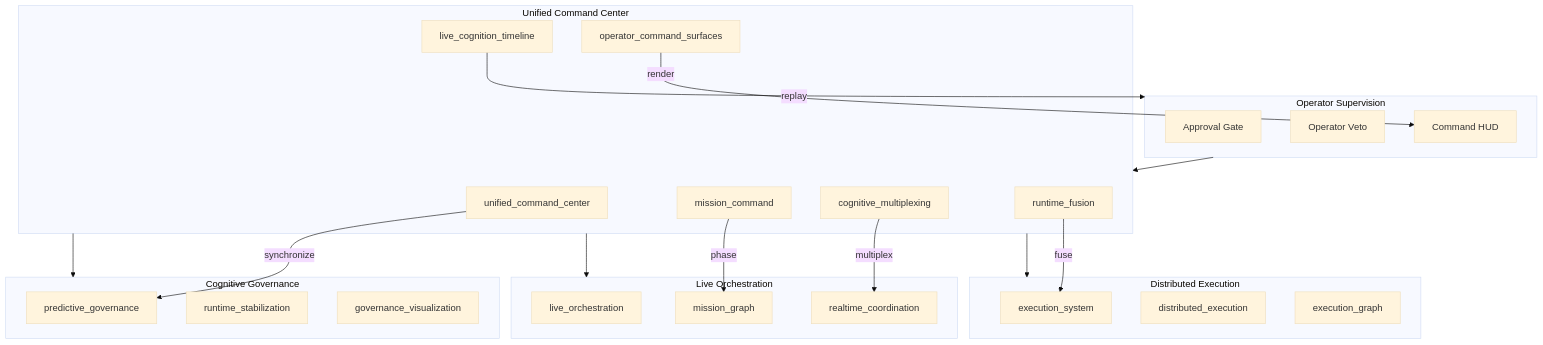
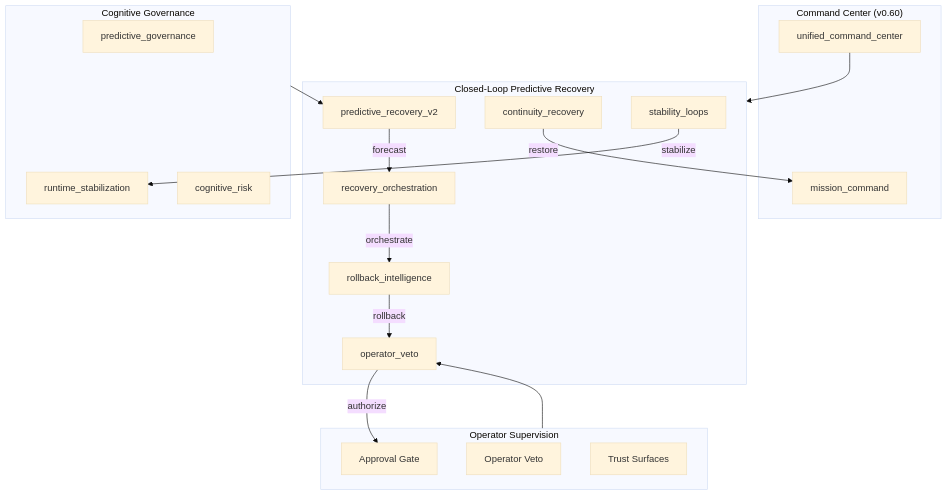
Before and after one commit to FrostXMello/odin-runtime: the first of 7 diagrams in README.md, drawn with Mermaid (base theme). The commit also changed other lines of this file and 27 other files, not shown here.

````diff
--- a/README.md
+++ b/README.md
@@ -46,46 +46,38 @@
 ```mermaid
 flowchart TB
-    subgraph Command["Unified Command Center"]
-        UCC[unified_command_center]
-        MC[mission_command]
-        CM[cognitive_multiplexing]
-        RF[runtime_fusion]
-        OCS[operator_command_surfaces]
-        LCT[live_cognition_timeline]
+    subgraph Recovery["Closed-Loop Predictive Recovery"]
+        PR[predictive_recovery_v2]
+        RO[recovery_orchestration]
+        RI[rollback_intelligence]
+        CR[continuity_recovery]
+        SL[stability_loops]
+        OV[operator_veto]
     end
 
     subgraph Operator["Operator Supervision"]
         APPROVE[Approval Gate]
         VETO[Operator Veto]
-        HUD[Command HUD]
+        TRUST[Trust Surfaces]
+    end
+
+    subgraph Command["Command Center (v0.60)"]
+        UCC[unified_command_center]
+        MC[mission_command]
     end
 
     subgraph Governance["Cognitive Governance"]
         PG[predictive_governance]
         RS[runtime_stabilization]
-        GV[governance_visualization]
+        CRisk[cognitive_risk]
     end
 
-    subgraph Execution["Distributed Execution"]
-        ES[execution_system]
-        DE[distributed_execution]
-        EG[execution_graph]
-    end
-
-    subgraph Orchestration["Live Orchestration"]
-        LO[live_orchestration]
-        MG[mission_graph]
-        RC[realtime_coordination]
-    end
-
-    Operator --> Command
-    Command --> Governance
-    Command --> Execution
-    Command --> Orchestration
-    UCC -->|synchronize| PG
-    MC -->|phase| MG
-    CM -->|multiplex| RC
-    RF -->|fuse| ES
-    OCS -->|render| HUD
-    LCT -->|replay| Operator
+    PR -->|forecast| RO
+    RO -->|orchestrate| RI
+    RI -->|rollback| OV
+    OV -->|authorize| APPROVE
+    CR -->|restore| MC
+    SL -->|stabilize| RS
+    Operator --> OV
+    UCC --> Recovery
+    Governance --> PR
 ```
````
